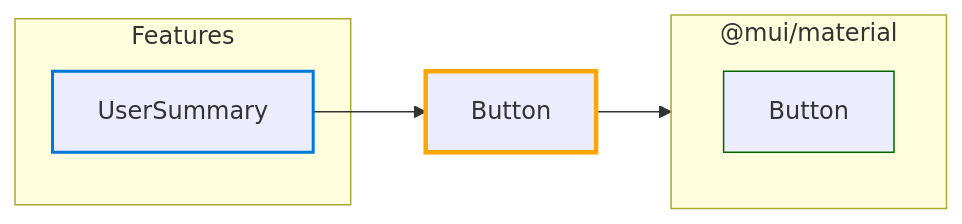
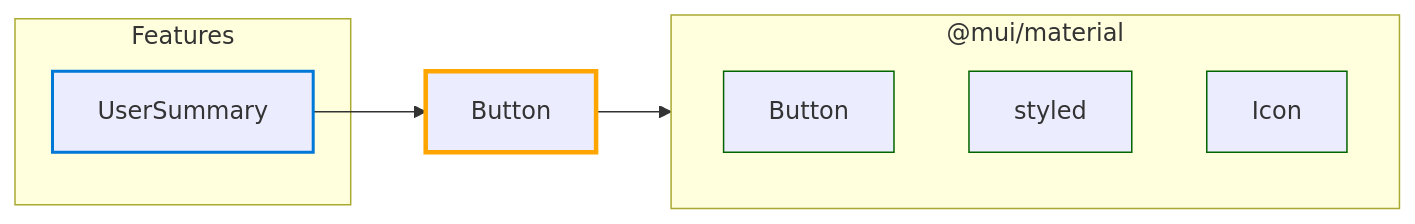
Before and after one commit to star4beam/react-package-analyzer: the diagram in test-project-import-analysis/hubs/Button.md, drawn with Mermaid. The commit also changed other lines of this file and 46 other files, not shown here.

````diff
--- a/test-project-import-analysis/hubs/Button.md
+++ b/test-project-import-analysis/hubs/Button.md
@@ -15,34 +15,38 @@
 ```mermaid
 flowchart LR
     %% Node styles
     classDef feature stroke:#0078d7,stroke-width:2px
     classDef currentHub stroke:#ffa500,stroke-width:3px
     classDef main stroke:#d04a02,stroke-width:2px
     classDef intermediate stroke:#7e6000,stroke-width:2px
     classDef base stroke:#006400,stroke-width:2px
     classDef component stroke:#006400,stroke-width:1px
 
     %% Link styles
     linkStyle default stroke:#333,stroke-width:1px
     %% Use different arrow styles for dependency types
     %% Direct: solid line, Indirect: dashed line, Both: thick solid line
 
     hub_Button["Button"]
     class hub_Button currentHub
 
     %% Features that use this hub (directly or indirectly)
     subgraph Features["Features"]
         feature_UserSummary["UserSummary"]
         class feature_UserSummary feature
     end
 
     feature_UserSummary --> hub_Button
     %% Components directly used by this hub
     subgraph pkg__mui_material["@mui/material"]
         comp__mui_material_Button["Button"]
         class comp__mui_material_Button component
+        comp__mui_material_styled["styled"]
+        class comp__mui_material_styled component
+        comp__mui_material_Icon["Icon"]
+        class comp__mui_material_Icon component
     end
     hub_Button --> pkg__mui_material
 
     %% Direct hub-to-hub connections
 ```
````
